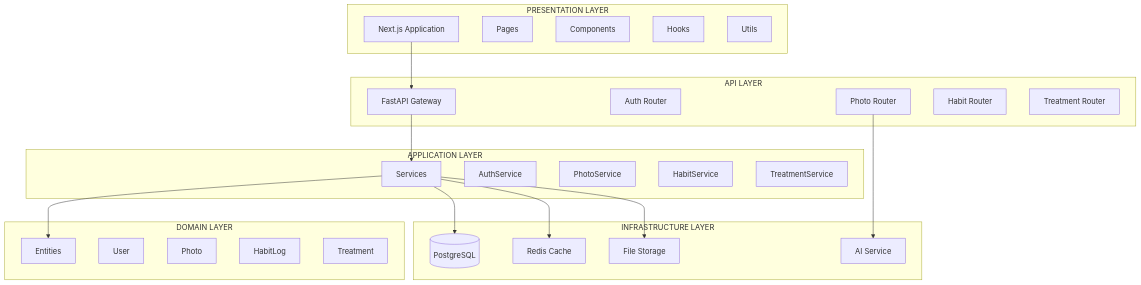
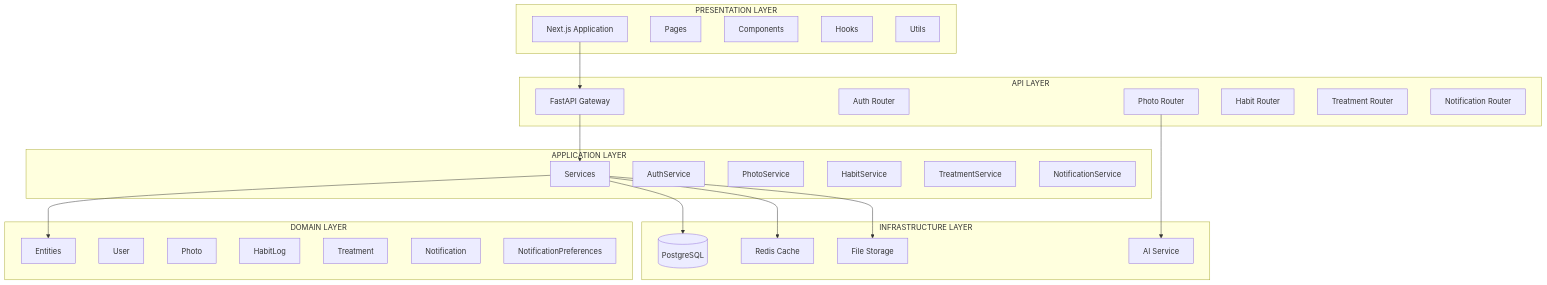
One commit to petrushandika/Scalp-Analytics changed the first of 12 diagrams in Documentation/ARCHITECTURE.md. Above: the diagram before and after it, drawn with Mermaid. The commit also changed other lines of this file and 5 other files, not shown here.

First line of the commit message:
Add notification system documentation including endpoints, preferences, and architecture

````diff
--- a/Documentation/ARCHITECTURE.md
+++ b/Documentation/ARCHITECTURE.md
@@ -17,49 +17,53 @@
 ```mermaid
 graph TB
     subgraph "PRESENTATION LAYER"
         A[Next.js Application]
         A1[Pages]
         A2[Components]
         A3[Hooks]
         A4[Utils]
     end
     
     subgraph "API LAYER"
         B[FastAPI Gateway]
         B1[Auth Router]
         B2[Photo Router]
         B3[Habit Router]
         B4[Treatment Router]
+        B5[Notification Router]
     end
     
     subgraph "APPLICATION LAYER"
         C[Services]
         C1[AuthService]
         C2[PhotoService]
         C3[HabitService]
         C4[TreatmentService]
+        C5[NotificationService]
     end
     
     subgraph "DOMAIN LAYER"
         D[Entities]
         D1[User]
         D2[Photo]
         D3[HabitLog]
         D4[Treatment]
+        D5[Notification]
+        D6[NotificationPreferences]
     end
     
     subgraph "INFRASTRUCTURE LAYER"
         E[(PostgreSQL)]
         F[Redis Cache]
         G[File Storage]
         H[AI Service]
     end
     
     A --> B
     B --> C
     C --> D
     C --> E
     C --> F
     C --> G
     B2 --> H
 ```
````
